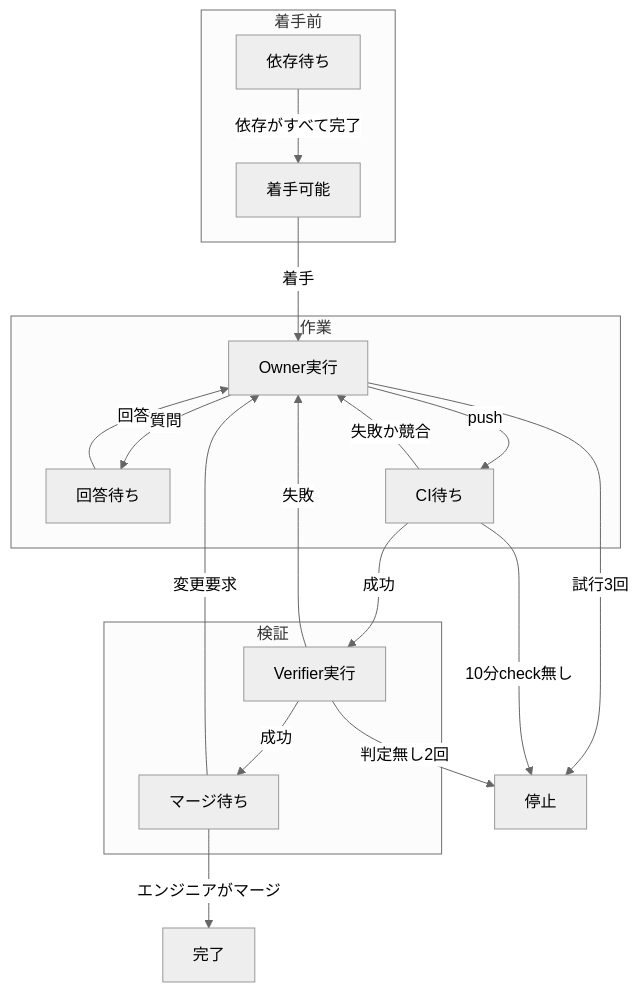
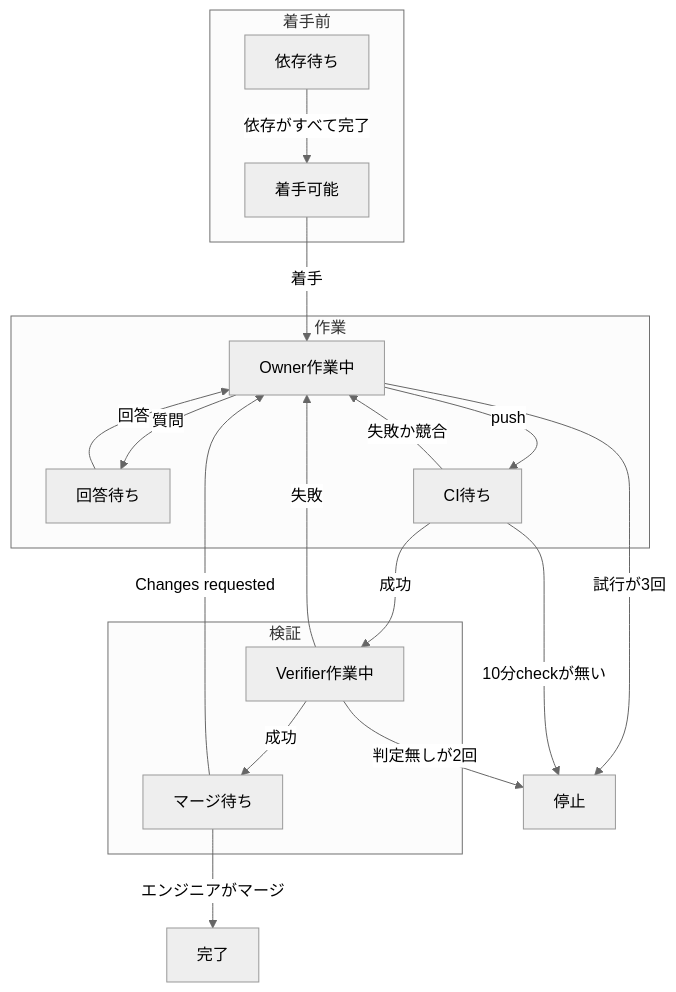
One commit to maro114510/skills changed the first of 2 diagrams in docs/design/orchestrate-epic.md. Above: the diagram before and after it, drawn with Mermaid (neutral theme). The commit also changed other lines of this file, not shown here.

````diff
--- a/docs/design/orchestrate-epic.md
+++ b/docs/design/orchestrate-epic.md
@@ -73,23 +76,23 @@
 ```mermaid
 flowchart TB
   subgraph Pre["着手前"]
     Blocked["依存待ち"] -->|"依存がすべて完了"| Ready["着手可能"]
   end
   subgraph Work["作業"]
-    Owner["Owner実行"] -->|"質問"| Ask["回答待ち"]
+    Owner["Owner作業中"] -->|"質問"| Ask["回答待ち"]
     Ask -->|"回答"| Owner
     Owner -->|"push"| CI["CI待ち"]
     CI -->|"失敗か競合"| Owner
   end
   subgraph Check["検証"]
-    Verify["Verifier実行"] -->|"成功"| Merge["マージ待ち"]
+    Verify["Verifier作業中"] -->|"成功"| Merge["マージ待ち"]
   end
   Ready -->|"着手"| Owner
   CI -->|"成功"| Verify
   Verify -->|"失敗"| Owner
-  Merge -->|"変更要求"| Owner
+  Merge -->|"Changes requested"| Owner
   Merge -->|"エンジニアがマージ"| Done["完了"]
-  Owner -->|"試行3回"| Parked["停止"]
-  CI -->|"10分check無し"| Parked
-  Verify -->|"判定無し2回"| Parked
+  Owner -->|"試行が3回"| Parked["停止"]
+  CI -->|"10分checkが無い"| Parked
+  Verify -->|"判定無しが2回"| Parked
 ```
````
